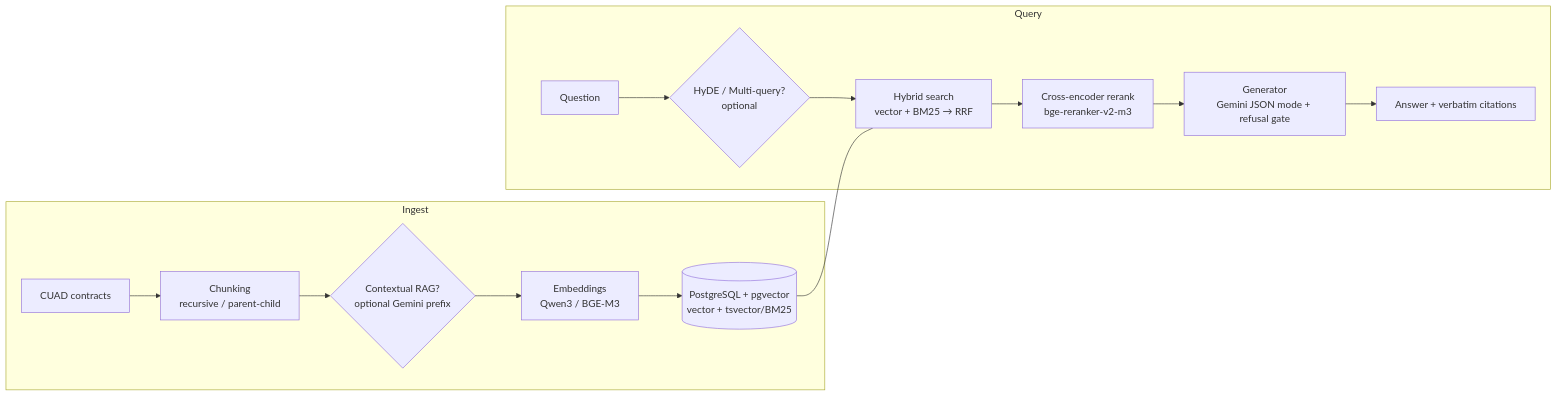
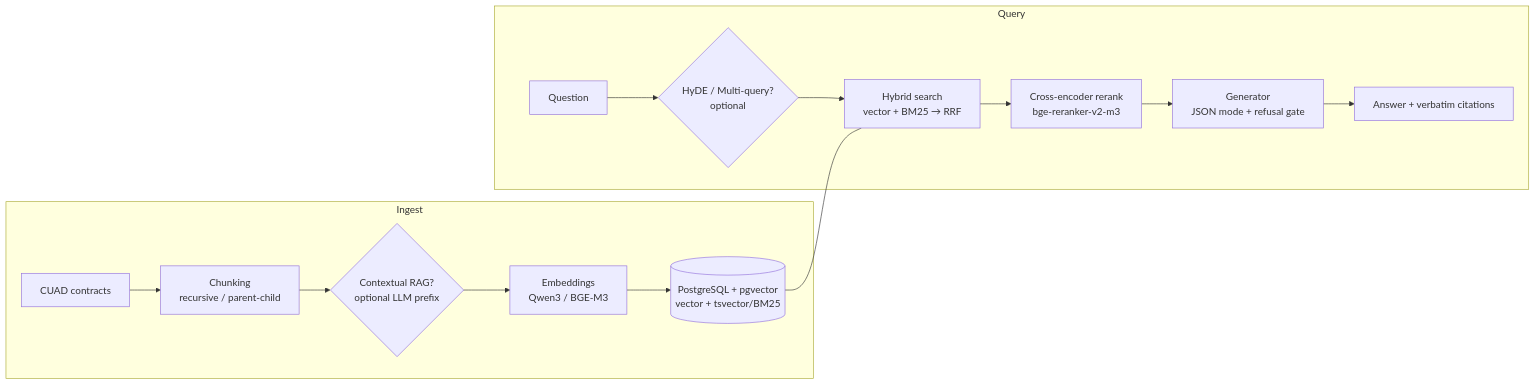
The diagram in README.md (sangowu/lex-rag), drawn with Mermaid before and after one commit. The commit also changed other lines of this file and 17 other files, not shown here.

First line of the commit message:
feat(llm): 生成层从 Gemini 迁到 Z.ai GLM-4.7-Flash (#13)

````diff
--- a/README.md
+++ b/README.md
@@ -42,19 +42,19 @@
 ```mermaid
 flowchart LR
     subgraph Ingest
         A[CUAD contracts] --> B[Chunking<br/>recursive / parent-child]
-        B --> C{Contextual RAG?<br/>optional Gemini prefix}
+        B --> C{Contextual RAG?<br/>optional LLM prefix}
         C --> D[Embeddings<br/>Qwen3 / BGE-M3]
         D --> E[(PostgreSQL + pgvector<br/>vector + tsvector/BM25)]
     end
 
     subgraph Query
         Q[Question] --> R{HyDE / Multi-query?<br/>optional}
         R --> S[Hybrid search<br/>vector + BM25 → RRF]
         S --> T[Cross-encoder rerank<br/>bge-reranker-v2-m3]
-        T --> U[Generator<br/>Gemini JSON mode + refusal gate]
+        T --> U[Generator<br/>JSON mode + refusal gate]
         U --> V[Answer + verbatim citations]
     end
 
     E --- S
 ```
````
